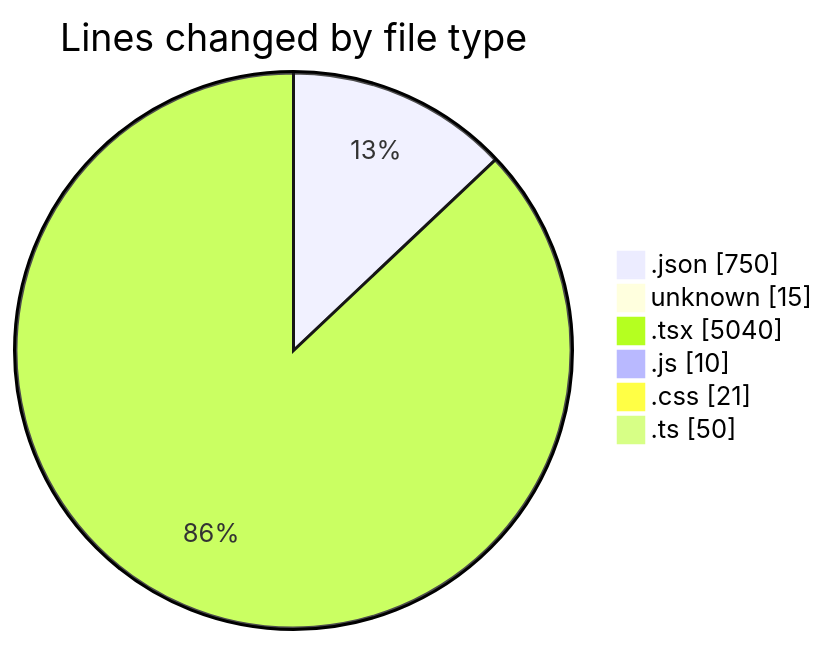
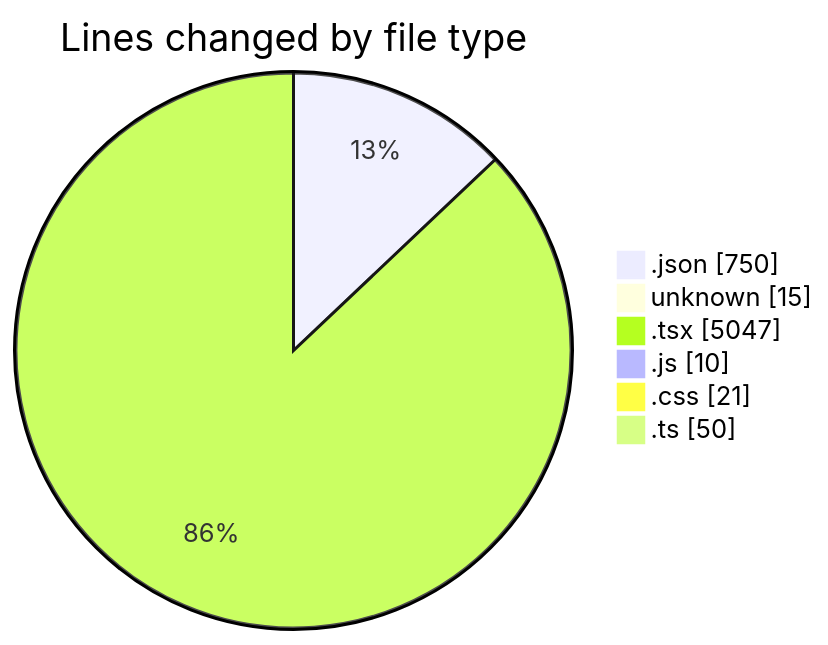
The first of 2 diagrams in 2025-05-02/niten/README.md (Elitesun/code-tracking), drawn with Mermaid before and after one commit. The commit also changed other lines of this file and 1 other file, not shown here.

````diff
--- a/2025-05-02/niten/README.md
+++ b/2025-05-02/niten/README.md
@@ -68,10 +68,10 @@
 ```mermaid
 pie showData
 title Lines changed by file type
 ".json" : 750
 "unknown" : 15
-".tsx" : 5040
+".tsx" : 5047
 ".js" : 10
 ".css" : 21
 ".ts" : 50
 ```
````
